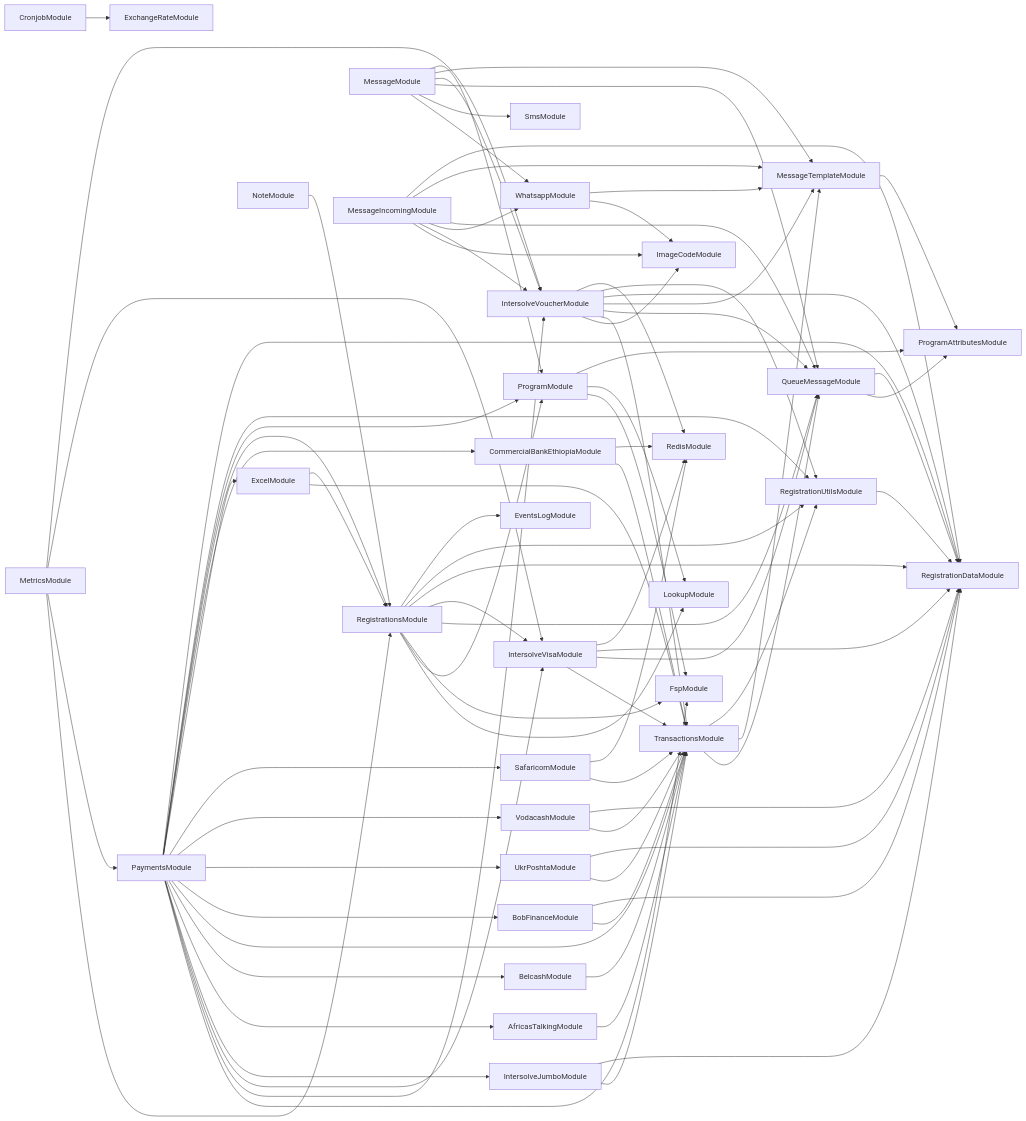
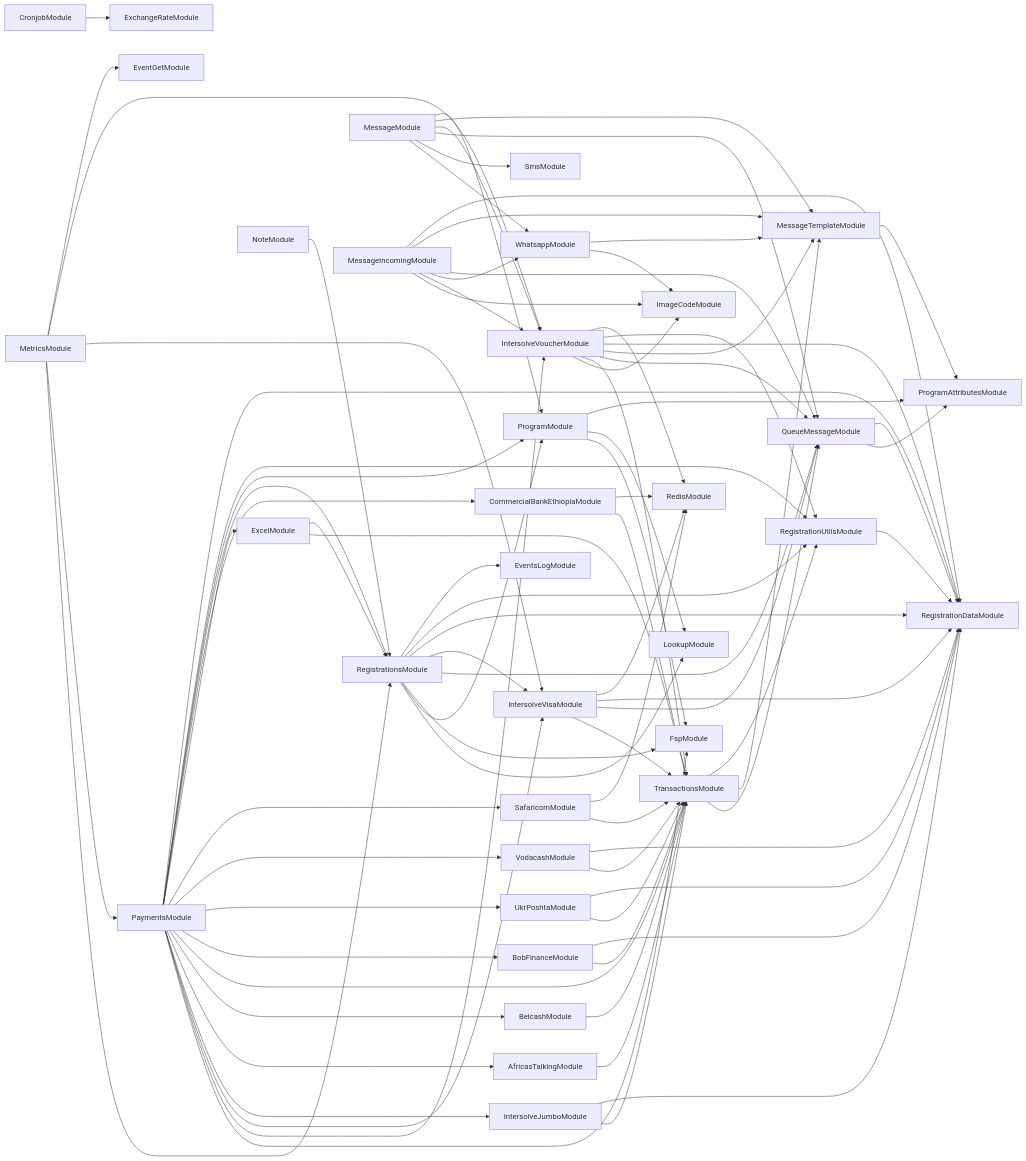
The diagram in services/121-service/module-dependencies.md (global-121/121-platform), drawn with Mermaid before and after one commit. The commit also changed 16 other files, not shown here.

```diff
--- a/services/121-service/module-dependencies.md
+++ b/services/121-service/module-dependencies.md
@@ -77,6 +77,7 @@
   PaymentsModule-->RegistrationDataModule
   MetricsModule-->IntersolveVisaModule
   MetricsModule-->IntersolveVoucherModule
+  MetricsModule-->EventGetModule
   MessageIncomingModule-->ImageCodeModule
   MessageIncomingModule-->IntersolveVoucherModule
   MessageIncomingModule-->WhatsappModule
```
